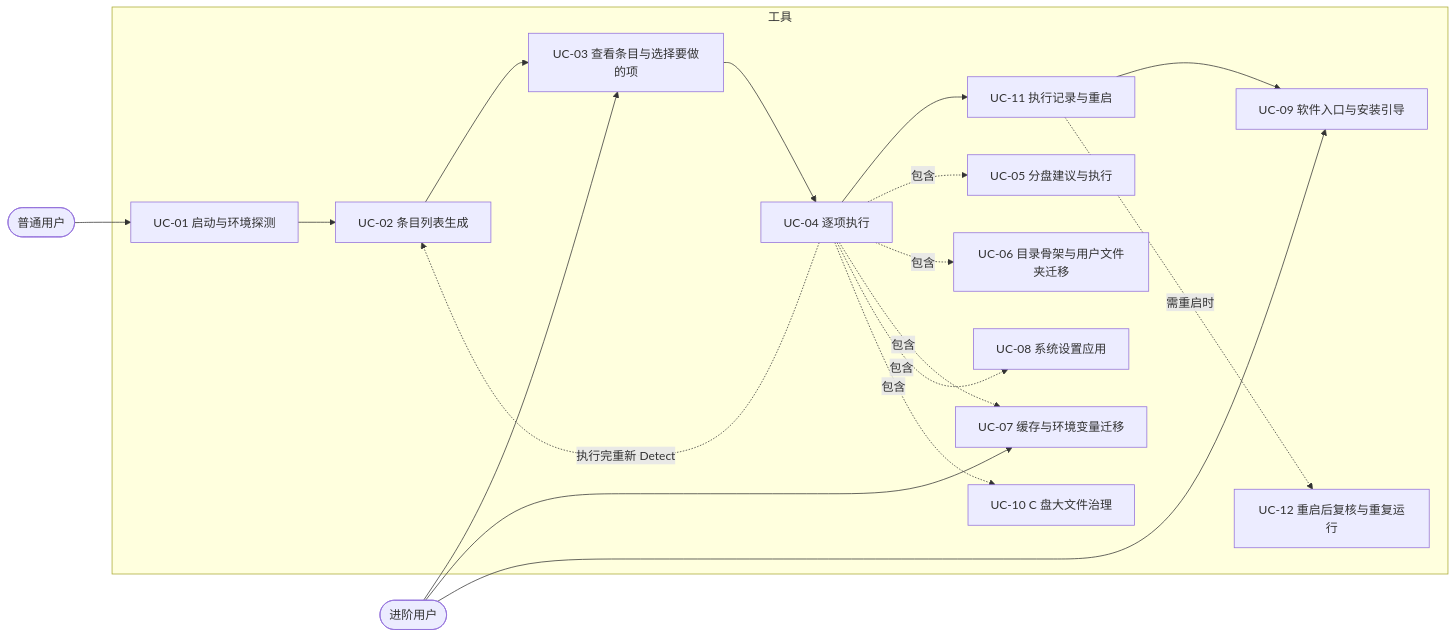
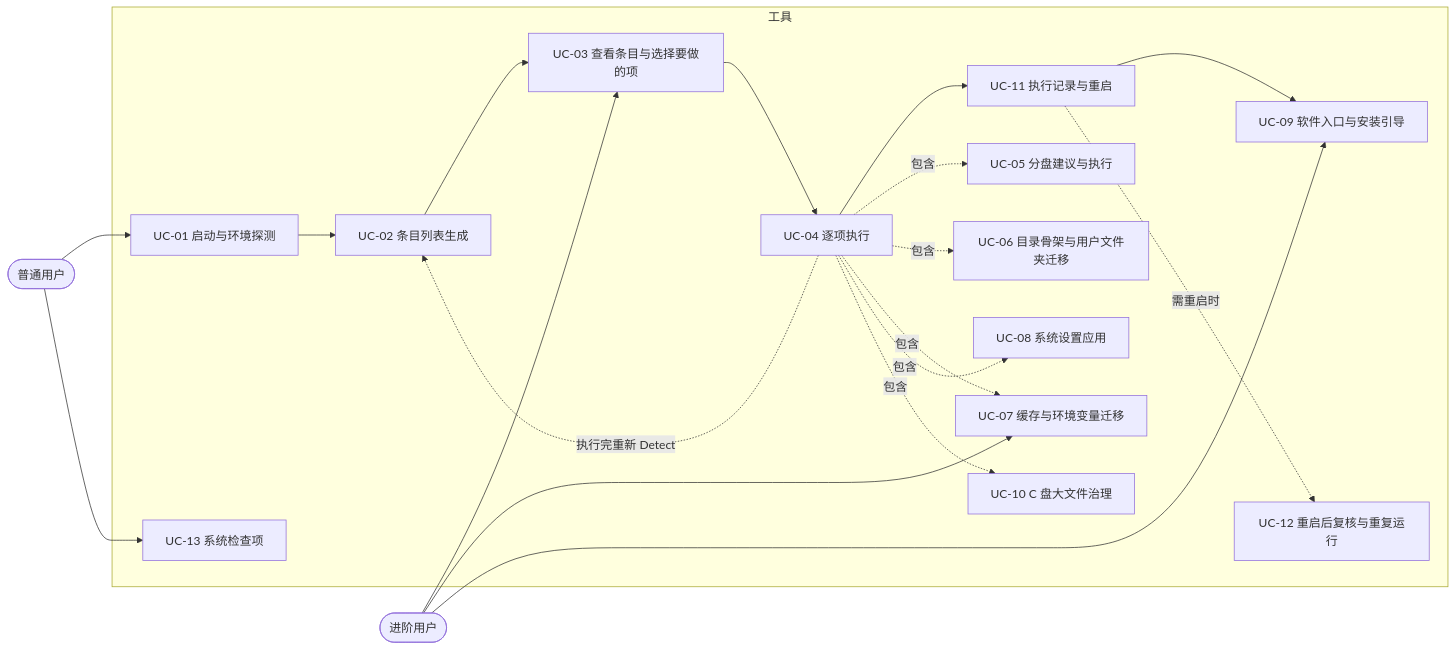
One commit to CookPiu/WinHomestead changed the first of 8 diagrams in docs/02-用例与用户流程.md. Above: the diagram before and after it, drawn with Mermaid. The commit also changed other lines of this file and 14 other files, not shown here.

````diff
--- a/docs/02-用例与用户流程.md
+++ b/docs/02-用例与用户流程.md
@@ -24,31 +24,33 @@
 ```mermaid
 flowchart LR
   U([普通用户])
   P([进阶用户])
   subgraph 工具
     UC01[UC-01 启动与环境探测]
     UC02[UC-02 条目列表生成]
     UC03[UC-03 查看条目与选择要做的项]
     UC04[UC-04 逐项执行]
     UC05[UC-05 分盘建议与执行]
     UC06[UC-06 目录骨架与用户文件夹迁移]
     UC07[UC-07 缓存与环境变量迁移]
     UC08[UC-08 系统设置应用]
     UC09[UC-09 软件入口与安装引导]
     UC10[UC-10 C 盘大文件治理]
     UC11[UC-11 执行记录与重启]
     UC12[UC-12 重启后复核与重复运行]
+    UC13[UC-13 系统检查项]
   end
   U --> UC01 --> UC02 --> UC03 --> UC04 --> UC11
   UC04 -.执行完重新 Detect.-> UC02
   UC04 -.包含.-> UC05
   UC04 -.包含.-> UC06
   UC04 -.包含.-> UC07
   UC04 -.包含.-> UC08
   UC04 -.包含.-> UC10
   UC11 --> UC09
   UC11 -.需重启时.-> UC12
+  U --> UC13
   P --> UC03
   P --> UC07
   P --> UC09
 ```
````
